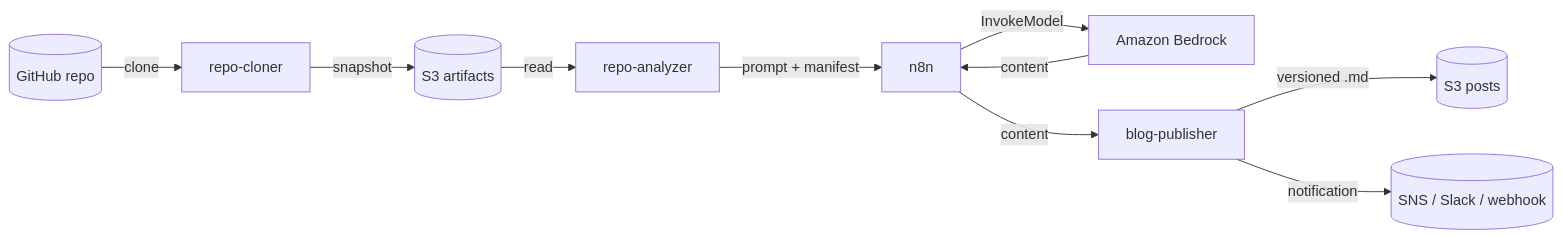
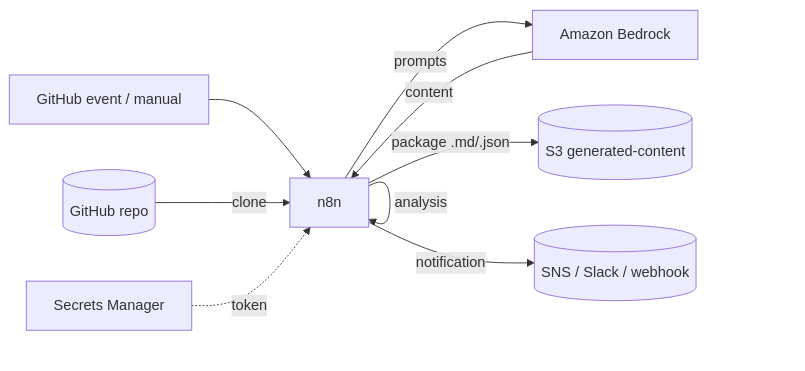
The fifth of 6 diagrams in docs/architecture.md (teddynted/ai-github-repository-blog-generator), drawn with Mermaid before and after one commit. The commit also changed other lines of this file and 10 other files, not shown here.

````diff
--- a/docs/architecture.md
+++ b/docs/architecture.md
@@ -152,12 +152,11 @@
 ```mermaid
 flowchart LR
-    GH[(GitHub repo)] -->|clone| C[repo-cloner]
-    C -->|snapshot| ART[(S3 artifacts)]
-    ART -->|read| AN[repo-analyzer]
-    AN -->|prompt + manifest| N[n8n]
-    N -->|InvokeModel| BR[Amazon Bedrock]
+    EVT[GitHub event / manual] --> N[n8n]
+    GH[(GitHub repo)] -->|clone| N
+    N -->|analysis| N
+    N -->|prompts| BR[Amazon Bedrock]
     BR -->|content| N
-    N -->|content| PUB[blog-publisher]
-    PUB -->|versioned .md| POST[(S3 posts)]
-    PUB -->|notification| NOTIF[(SNS / Slack / webhook)]
+    N -->|package .md/.json| S3[(S3 generated-content)]
+    N -->|notification| NOTIF[(SNS / Slack / webhook)]
+    SM[Secrets Manager] -. token .-> N
 ```
````
